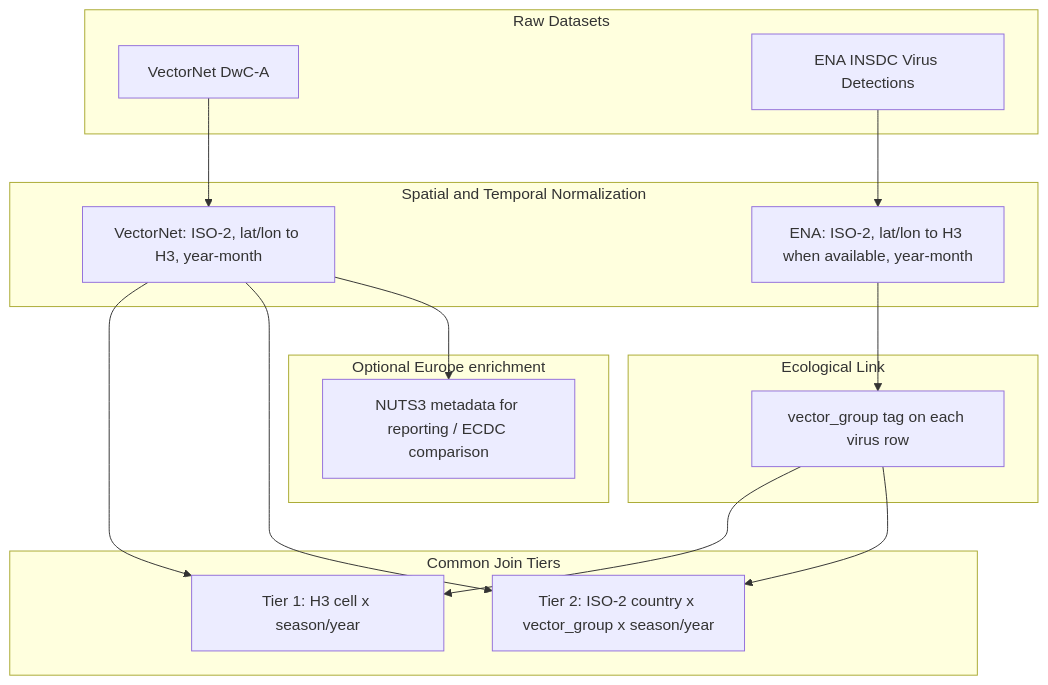
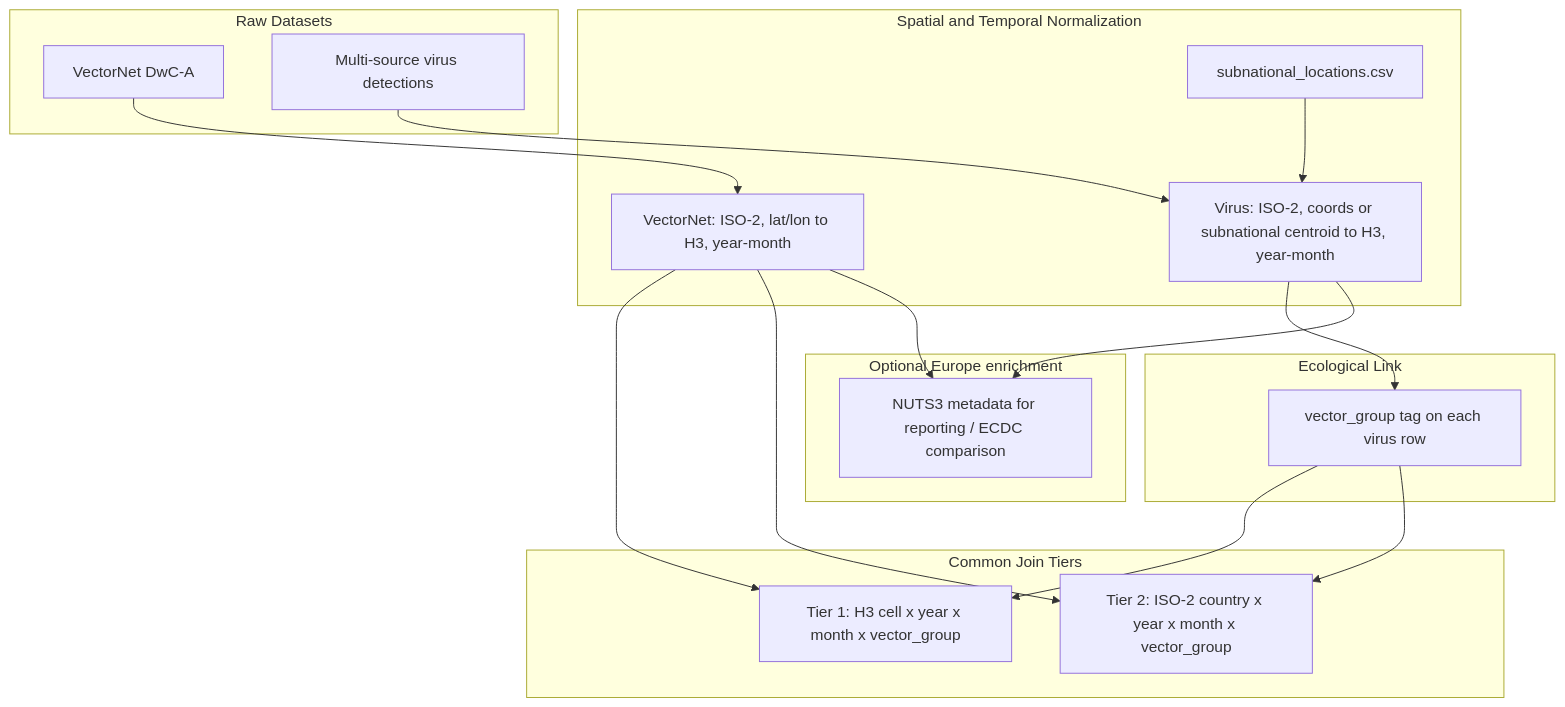
Before and after one commit to GustavoRusso/vector-guard: the diagram in specs/03-spatial-temporal-matching-strategy.md, drawn with Mermaid. The commit also changed other lines of this file, not shown here.

Commit message:
Updated the join unit definitions and clarified the roles of NUTS regions and coordinate requirements for H3 assignments.

````diff
--- a/specs/03-spatial-temporal-matching-strategy.md
+++ b/specs/03-spatial-temporal-matching-strategy.md
@@ -31,34 +31,37 @@
 ```mermaid
 flowchart TD
   subgraph sources [Raw Datasets]
     vn["VectorNet DwC-A"]
-    ena["ENA INSDC Virus Detections"]
+    virusRaw["Multi-source virus detections"]
   end
 
   subgraph norm [Spatial and Temporal Normalization]
     vnNorm["VectorNet: ISO-2, lat/lon to H3, year-month"]
-    enaNorm["ENA: ISO-2, lat/lon to H3 when available, year-month"]
+    virusNorm["Virus: ISO-2, coords or subnational centroid to H3, year-month"]
+    subLookup["subnational_locations.csv"]
   end
 
   subgraph eco [Ecological Link]
     vg["vector_group tag on each virus row"]
   end
 
   subgraph joinUnit [Common Join Tiers]
-    tier1["Tier 1: H3 cell x season/year"]
-    tier2["Tier 2: ISO-2 country x vector_group x season/year"]
+    tier1["Tier 1: H3 cell x year x month x vector_group"]
+    tier2["Tier 2: ISO-2 country x year x month x vector_group"]
   end
 
   subgraph optional [Optional Europe enrichment]
     nuts["NUTS3 metadata for reporting / ECDC comparison"]
   end
 
   vn --> vnNorm
-  ena --> enaNorm
-  enaNorm --> vg
+  virusRaw --> virusNorm
+  subLookup --> virusNorm
+  virusNorm --> vg
   vnNorm --> tier1
   vg --> tier1
   vnNorm --> tier2
   vg --> tier2
   vnNorm --> nuts
+  virusNorm --> nuts
 ```
````
